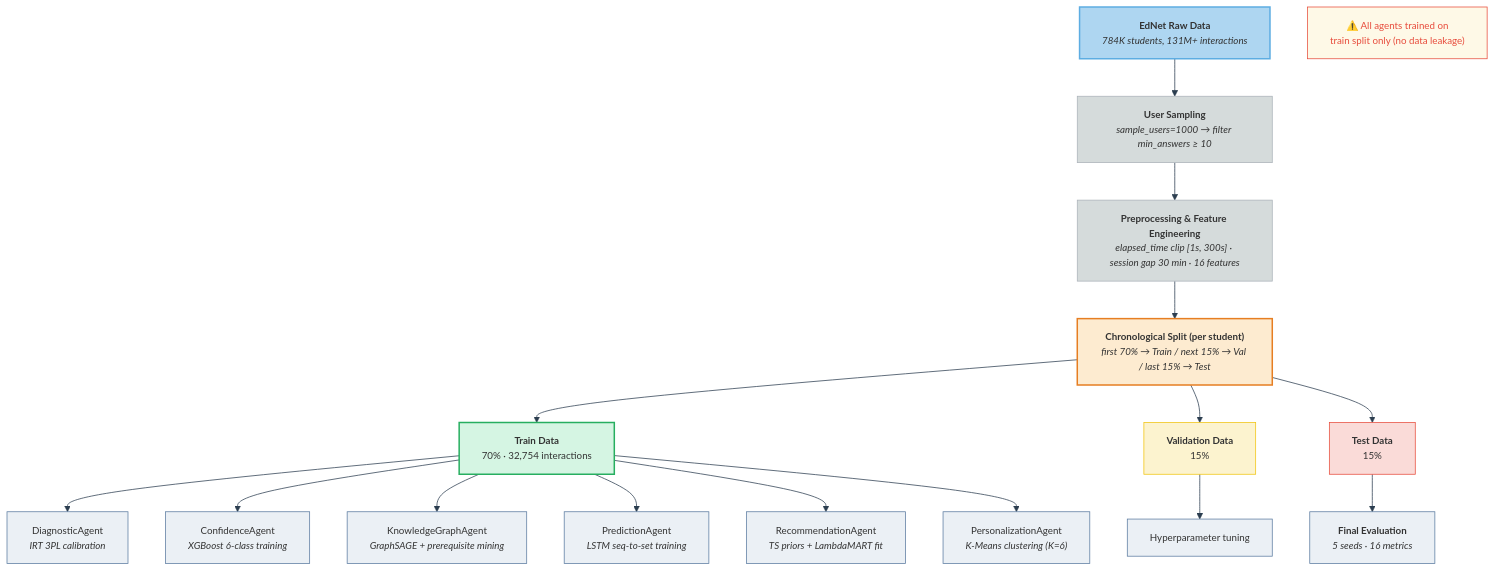
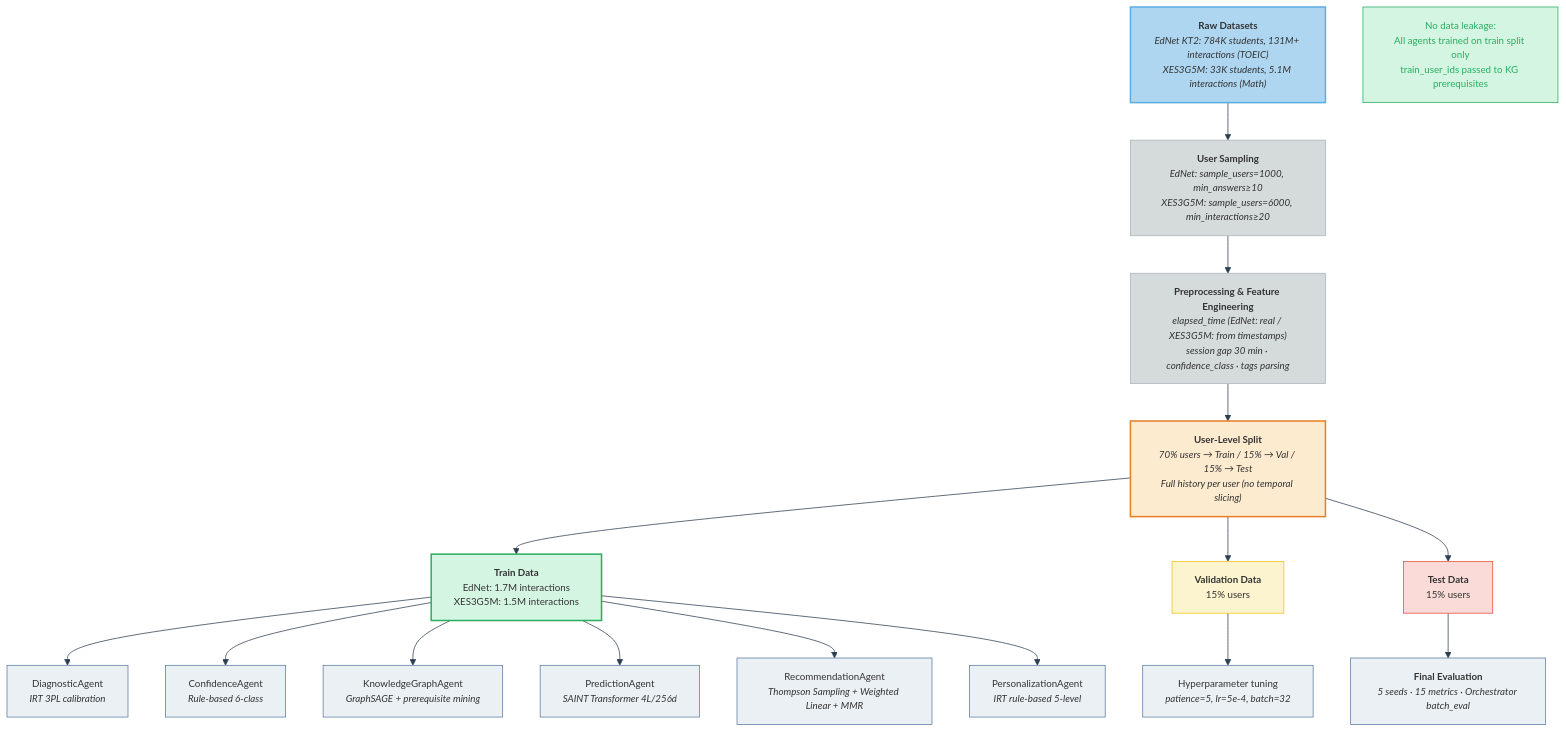
The diagram in diagrams/data_pipeline.mermaid (RAli2505/Rec-system), drawn with Mermaid before and after one commit. The commit also changed 74 other files, not shown here.

First line of the commit message:
xes3g5m without synthesis and all grafics

```diff
--- a/diagrams/data_pipeline.mermaid
+++ b/diagrams/data_pipeline.mermaid
@@ -1,60 +1,60 @@
 %%{init: {'theme': 'base', 'themeVariables': {
   'primaryColor': '#EBF0F5', 'primaryBorderColor': '#5B7BA0',
   'lineColor': '#2C3E50', 'fontSize': '13px'
 }}}%%
 
 graph TD
-    RAW["<b>EdNet Raw Data</b><br/><i>784K students, 131M+ interactions</i>"]
-    SAMPLE["<b>User Sampling</b><br/><i>sample_users=1000 → filter min_answers ≥ 10</i>"]
-    PREP["<b>Preprocessing & Feature Engineering</b><br/><i>elapsed_time clip [1s, 300s] · session gap 30 min · 16 features</i>"]
-    SPLIT["<b>Chronological Split (per student)</b><br/><i>first 70% → Train / next 15% → Val / last 15% → Test</i>"]
+    RAW["<b>Raw Datasets</b><br/><i>EdNet KT2: 784K students, 131M+ interactions (TOEIC)</i><br/><i>XES3G5M: 33K students, 5.1M interactions (Math)</i>"]
+    SAMPLE["<b>User Sampling</b><br/><i>EdNet: sample_users=1000, min_answers≥10</i><br/><i>XES3G5M: sample_users=6000, min_interactions≥20</i>"]
+    PREP["<b>Preprocessing & Feature Engineering</b><br/><i>elapsed_time (EdNet: real / XES3G5M: from timestamps)</i><br/><i>session gap 30 min · confidence_class · tags parsing</i>"]
+    SPLIT["<b>User-Level Split</b><br/><i>70% users → Train / 15% → Val / 15% → Test</i><br/><i>Full history per user (no temporal slicing)</i>"]
 
     RAW --> SAMPLE --> PREP --> SPLIT
 
-    TRAIN["<b>Train Data</b><br/>70% · 32,754 interactions"]
-    VAL["<b>Validation Data</b><br/>15%"]
-    TEST["<b>Test Data</b><br/>15%"]
+    TRAIN["<b>Train Data</b><br/>EdNet: 1.7M interactions<br/>XES3G5M: 1.5M interactions"]
+    VAL["<b>Validation Data</b><br/>15% users"]
+    TEST["<b>Test Data</b><br/>15% users"]
 
     SPLIT --> TRAIN
     SPLIT --> VAL
     SPLIT --> TEST
 
     DIAG["DiagnosticAgent<br/><i>IRT 3PL calibration</i>"]
-    CONF["ConfidenceAgent<br/><i>XGBoost 6-class training</i>"]
+    CONF["ConfidenceAgent<br/><i>Rule-based 6-class</i>"]
     KG["KnowledgeGraphAgent<br/><i>GraphSAGE + prerequisite mining</i>"]
-    PRED["PredictionAgent<br/><i>LSTM seq-to-set training</i>"]
-    REC["RecommendationAgent<br/><i>TS priors + LambdaMART fit</i>"]
-    PERS["PersonalizationAgent<br/><i>K-Means clustering (K=6)</i>"]
+    PRED["PredictionAgent<br/><i>SAINT Transformer 4L/256d</i>"]
+    REC["RecommendationAgent<br/><i>Thompson Sampling + Weighted Linear + MMR</i>"]
+    PERS["PersonalizationAgent<br/><i>IRT rule-based 5-level</i>"]
 
     TRAIN --> DIAG
     TRAIN --> CONF
     TRAIN --> KG
     TRAIN --> PRED
     TRAIN --> REC
     TRAIN --> PERS
 
-    HP["Hyperparameter tuning"]
-    EVAL["<b>Final Evaluation</b><br/><i>5 seeds · 16 metrics</i>"]
+    HP["Hyperparameter tuning<br/><i>patience=5, lr=5e-4, batch=32</i>"]
+    EVAL["<b>Final Evaluation</b><br/><i>5 seeds · 15 metrics · Orchestrator batch_eval</i>"]
 
     VAL --> HP
     TEST --> EVAL
 
-    LEAK["⚠️ All agents trained on<br/>train split only (no data leakage)"]
+    LEAK["No data leakage:<br/>All agents trained on train split only<br/>train_user_ids passed to KG prerequisites"]
 
     classDef rawBox fill:#AED6F1,stroke:#5DADE2,stroke-width:2px
     classDef procBox fill:#D5DBDB,stroke:#ABB2B9,stroke-width:1px
     classDef splitBox fill:#FDEBD0,stroke:#E67E22,stroke-width:2px
     classDef trainBox fill:#D5F5E3,stroke:#27AE60,stroke-width:2px
     classDef valBox fill:#FCF3CF,stroke:#F1C40F,stroke-width:1px
     classDef testBox fill:#FADBD8,stroke:#E74C3C,stroke-width:1px
     classDef agentBox fill:#EBF0F5,stroke:#5B7BA0,stroke-width:1px
-    classDef warnBox fill:#FEF9E7,stroke:#E74C3C,stroke-width:1px,color:#E74C3C
+    classDef warnBox fill:#D5F5E3,stroke:#27AE60,stroke-width:1px,color:#27AE60
 
     class RAW rawBox
     class SAMPLE,PREP procBox
     class SPLIT splitBox
     class TRAIN trainBox
     class VAL valBox
     class TEST testBox
     class DIAG,CONF,KG,PRED,REC,PERS agentBox
     class LEAK warnBox
```
